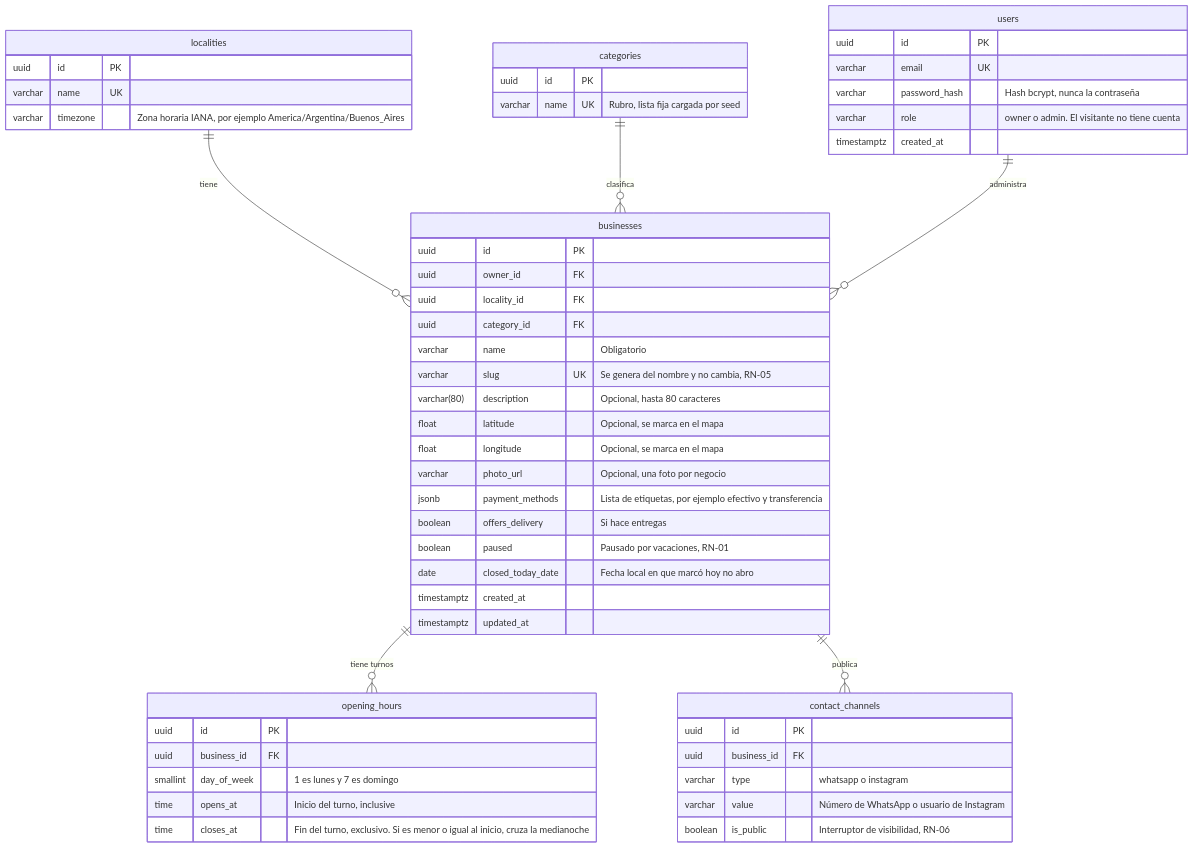
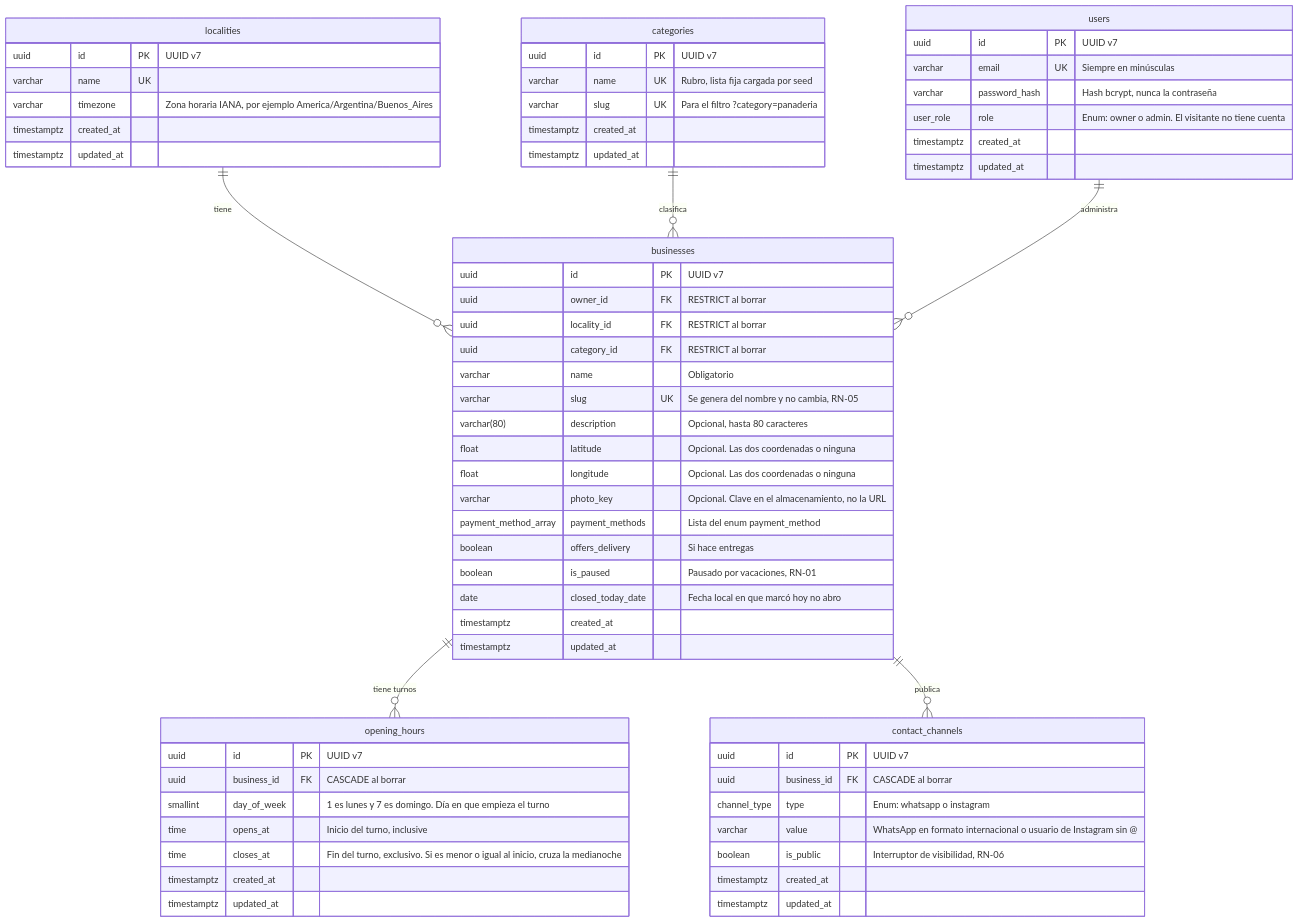
Before and after one commit to joseviudes/aca-nomas-app: the diagram in docs/diagramas/modelo-de-datos.md, drawn with Mermaid. The commit also changed other lines of this file and 2 other files, not shown here.

Commit message:
docs(data-model): aplica la revisión del modelo de datos (D-22)

````diff
--- a/docs/diagramas/modelo-de-datos.md
+++ b/docs/diagramas/modelo-de-datos.md
@@ -26,62 +27,72 @@
 ```mermaid
 erDiagram
   localities ||--o{ businesses : "tiene"
   categories ||--o{ businesses : "clasifica"
   users ||--o{ businesses : "administra"
   businesses ||--o{ opening_hours : "tiene turnos"
   businesses ||--o{ contact_channels : "publica"
 
   localities {
-    uuid id PK
+    uuid id PK "UUID v7"
     varchar name UK
     varchar timezone "Zona horaria IANA, por ejemplo America/Argentina/Buenos_Aires"
+    timestamptz created_at
+    timestamptz updated_at
   }
 
   categories {
-    uuid id PK
+    uuid id PK "UUID v7"
     varchar name UK "Rubro, lista fija cargada por seed"
+    varchar slug UK "Para el filtro ?category=panaderia"
+    timestamptz created_at
+    timestamptz updated_at
   }
 
   users {
-    uuid id PK
-    varchar email UK
+    uuid id PK "UUID v7"
+    varchar email UK "Siempre en minúsculas"
     varchar password_hash "Hash bcrypt, nunca la contraseña"
-    varchar role "owner o admin. El visitante no tiene cuenta"
+    user_role role "Enum: owner o admin. El visitante no tiene cuenta"
     timestamptz created_at
+    timestamptz updated_at
   }
 
   businesses {
-    uuid id PK
-    uuid owner_id FK
-    uuid locality_id FK
-    uuid category_id FK
+    uuid id PK "UUID v7"
+    uuid owner_id FK "RESTRICT al borrar"
+    uuid locality_id FK "RESTRICT al borrar"
+    uuid category_id FK "RESTRICT al borrar"
     varchar name "Obligatorio"
     varchar slug UK "Se genera del nombre y no cambia, RN-05"
     varchar(80) description "Opcional, hasta 80 caracteres"
-    float latitude "Opcional, se marca en el mapa"
-    float longitude "Opcional, se marca en el mapa"
-    varchar photo_url "Opcional, una foto por negocio"
-    jsonb payment_methods "Lista de etiquetas, por ejemplo efectivo y transferencia"
+    float latitude "Opcional. Las dos coordenadas o ninguna"
+    float longitude "Opcional. Las dos coordenadas o ninguna"
+    varchar photo_key "Opcional. Clave en el almacenamiento, no la URL"
+    payment_method_array payment_methods "Lista del enum payment_method"
     boolean offers_delivery "Si hace entregas"
-    boolean paused "Pausado por vacaciones, RN-01"
+    boolean is_paused "Pausado por vacaciones, RN-01"
     date closed_today_date "Fecha local en que marcó hoy no abro"
     timestamptz created_at
     timestamptz updated_at
   }
 
   opening_hours {
-    uuid id PK
-    uuid business_id FK
-    smallint day_of_week "1 es lunes y 7 es domingo"
+    uuid id PK "UUID v7"
+    uuid business_id FK "CASCADE al borrar"
+    smallint day_of_week "1 es lunes y 7 es domingo. Día en que empieza el turno"
     time opens_at "Inicio del turno, inclusive"
     time closes_at "Fin del turno, exclusivo. Si es menor o igual al inicio, cruza la medianoche"
+    timestamptz created_at
+    timestamptz updated_at
   }
 
   contact_channels {
-    uuid id PK
-    uuid business_id FK
-    varchar type "whatsapp o instagram"
-    varchar value "Número de WhatsApp o usuario de Instagram"
+    uuid id PK "UUID v7"
+    uuid business_id FK "CASCADE al borrar"
+    channel_type type "Enum: whatsapp o instagram"
+    varchar value "WhatsApp en formato internacional o usuario de Instagram sin @"
     boolean is_public "Interruptor de visibilidad, RN-06"
+    timestamptz created_at
+    timestamptz updated_at
   }
 ```
````
